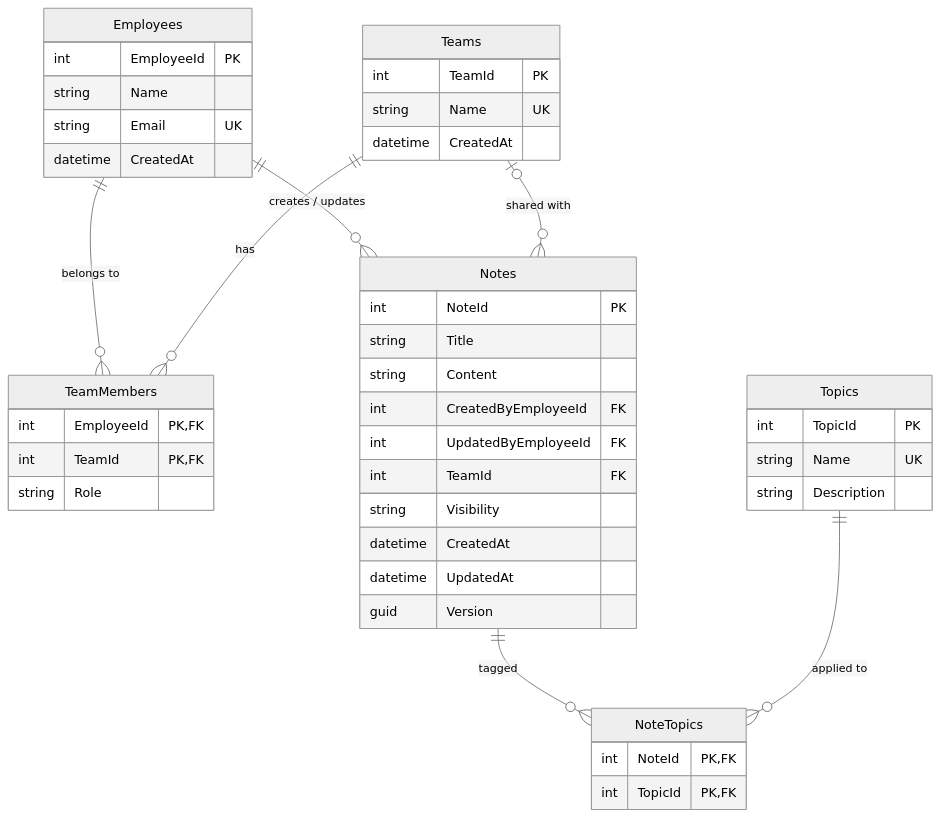
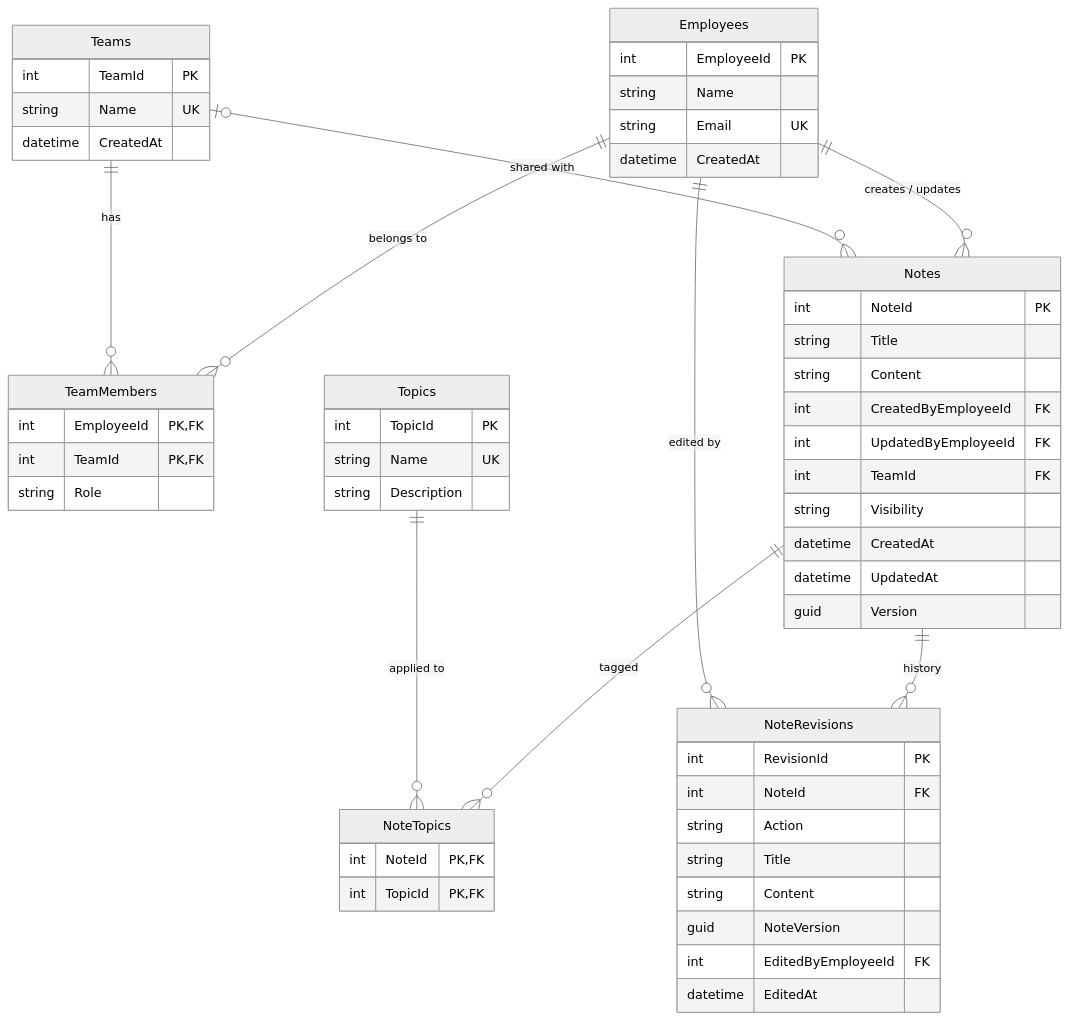
One commit to SamuelSwanson/teamNotes changed the diagram in README.md. Above: the diagram before and after it, drawn with Mermaid (neutral theme). The commit also changed other lines of this file and 14 other files, not shown here.

````diff
--- a/README.md
+++ b/README.md
@@ -57,34 +58,44 @@
 ```mermaid
 erDiagram
     Employees ||--o{ TeamMembers : "belongs to"
     Teams ||--o{ TeamMembers : "has"
     Employees ||--o{ Notes : "creates / updates"
     Teams |o--o{ Notes : "shared with"
     Notes ||--o{ NoteTopics : "tagged"
     Topics ||--o{ NoteTopics : "applied to"
+    Notes ||--o{ NoteRevisions : "history"
+    Employees ||--o{ NoteRevisions : "edited by"
     Employees { int EmployeeId PK
         string Name
         string Email UK
         datetime CreatedAt }
     Teams { int TeamId PK
         string Name UK
         datetime CreatedAt }
     TeamMembers { int EmployeeId PK,FK
         int TeamId PK,FK
         string Role }
     Notes { int NoteId PK
         string Title
         string Content
         int CreatedByEmployeeId FK
         int UpdatedByEmployeeId FK
         int TeamId FK
         string Visibility
         datetime CreatedAt
         datetime UpdatedAt
         guid Version }
     Topics { int TopicId PK
         string Name UK
         string Description }
     NoteTopics { int NoteId PK,FK
         int TopicId PK,FK }
+    NoteRevisions { int RevisionId PK
+        int NoteId FK
+        string Action
+        string Title
+        string Content
+        guid NoteVersion
+        int EditedByEmployeeId FK
+        datetime EditedAt }
 ```
````
